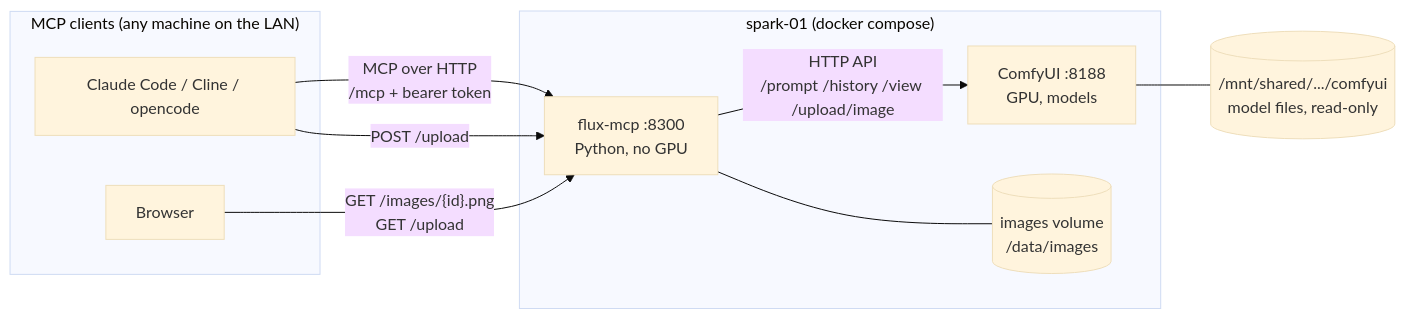
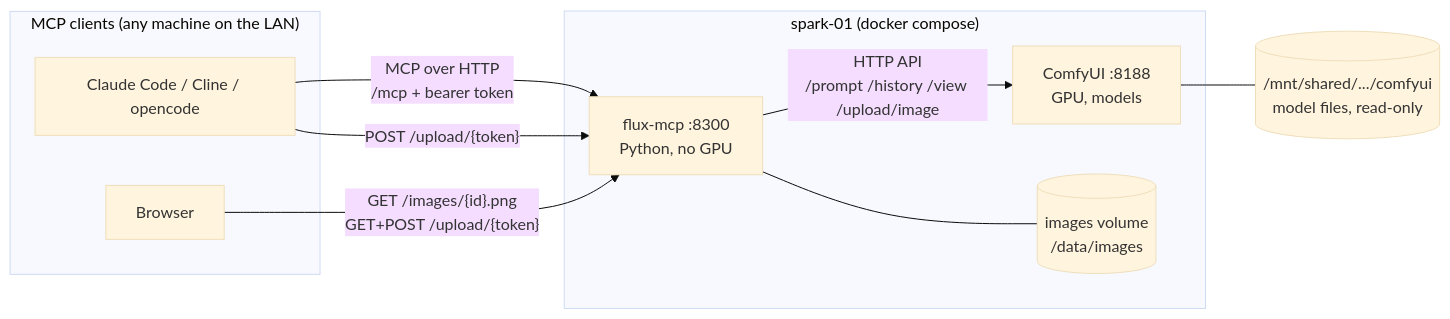
The first of 10 diagrams in docs/ARCHITECTURE.md (geosp/flux-mcp), drawn with Mermaid (base theme) before and after one commit. The commit also changed other lines of this file and 14 other files, not shown here.

First line of the commit message:
Replace master-token uploads with short-lived upload links

````diff
--- a/docs/ARCHITECTURE.md
+++ b/docs/ARCHITECTURE.md
@@ -10,22 +10,22 @@
 ```mermaid
 flowchart LR
     subgraph clients["MCP clients (any machine on the LAN)"]
         cc["Claude Code / Cline / opencode"]
         browser["Browser"]
     end
 
     subgraph spark["spark-01 (docker compose)"]
         mcp["flux-mcp :8300<br/>Python, no GPU"]
         comfy["ComfyUI :8188<br/>GPU, models"]
         vol[("images volume<br/>/data/images")]
     end
 
     models[("/mnt/shared/.../comfyui<br/>model files, read-only")]
 
     cc -- "MCP over HTTP<br/>/mcp + bearer token" --> mcp
-    cc -- "POST /upload" --> mcp
-    browser -- "GET /images/{id}.png<br/>GET /upload" --> mcp
+    cc -- "POST /upload/{token}" --> mcp
+    browser -- "GET /images/{id}.png<br/>GET+POST /upload/{token}" --> mcp
     mcp -- "HTTP API<br/>/prompt /history /view /upload/image" --> comfy
     mcp --- vol
     comfy --- models
 ```
````
